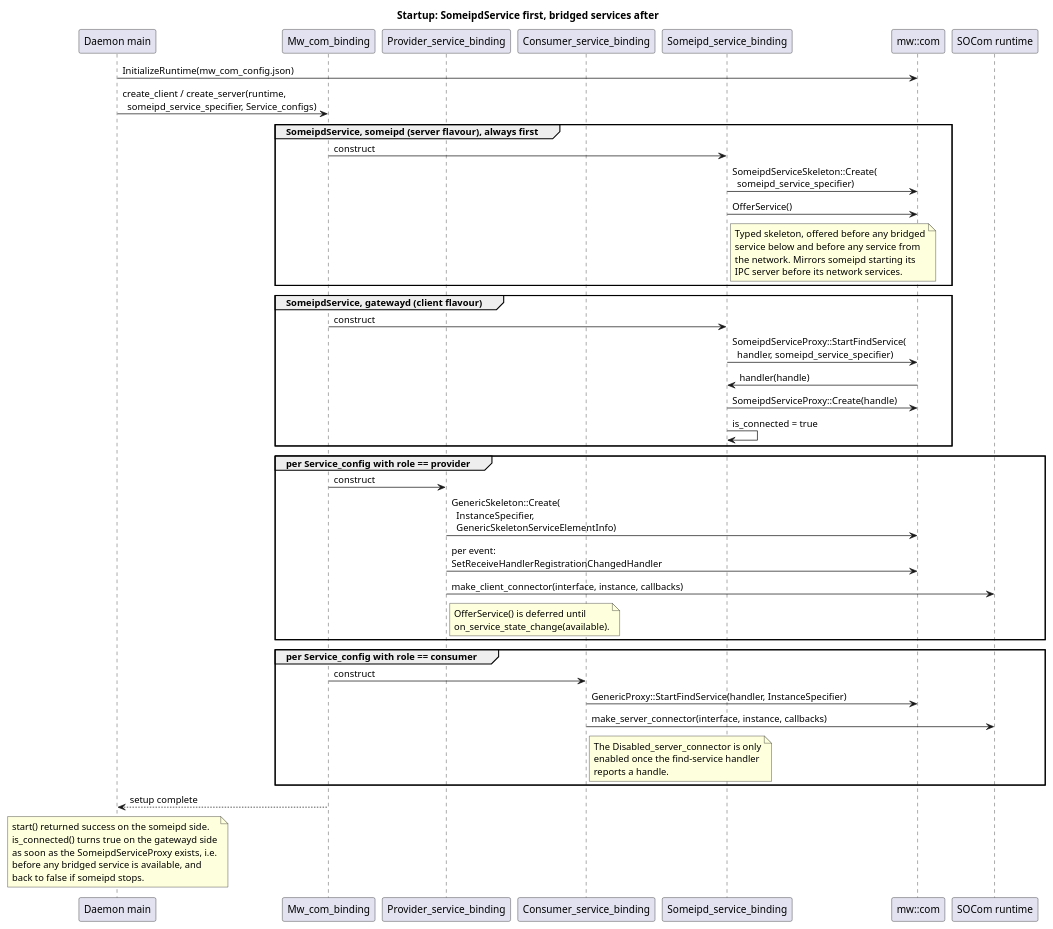
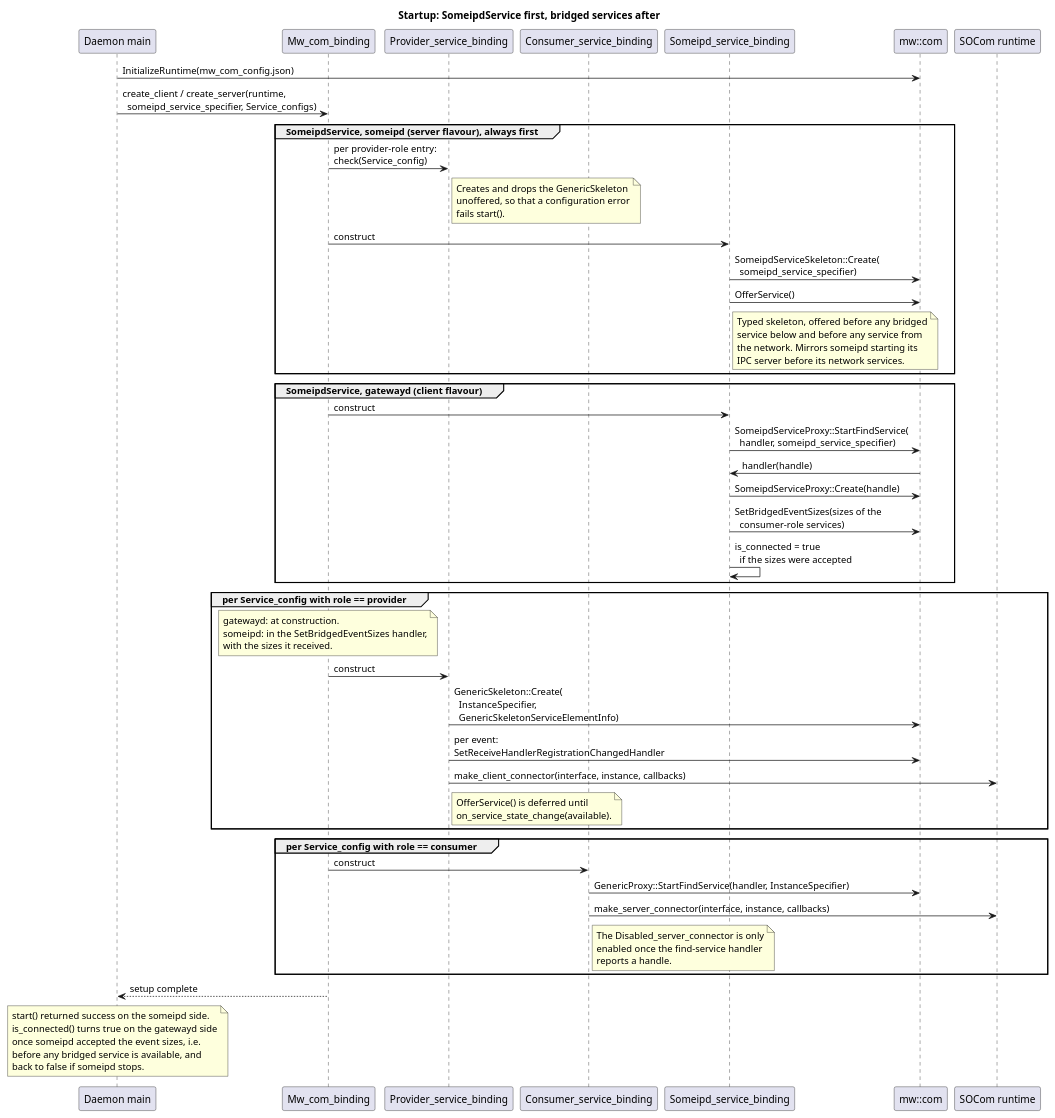
The diagram in score/gateway_ipc_binding/docs/models/mw_com_startup.puml (eclipse-score/inc_someip_gateway), drawn with PlantUML before and after one commit. The commit also changed 21 other files, not shown here.

Commit message:
size bridged events from gatewayd's serializer because the fixed 1500 bytes drops larger events

```diff
--- a/score/gateway_ipc_binding/docs/models/mw_com_startup.puml
+++ b/score/gateway_ipc_binding/docs/models/mw_com_startup.puml
@@ -14,65 +14,77 @@
 @startuml
 title Startup: SomeipdService first, bridged services after
 
 participant "Daemon main" as main
 participant "Mw_com_binding" as binding
 participant "Provider_service_binding" as provider
 participant "Consumer_service_binding" as consumer
 participant "Someipd_service_binding" as sdsvc
 participant "mw::com" as mwcom
 participant "SOCom runtime" as socom
 
 main -> mwcom : InitializeRuntime(mw_com_config.json)
 main -> binding : create_client / create_server(runtime,\n  someipd_service_specifier, Service_configs)
 
 group SomeipdService, someipd (server flavour), always first
+  binding -> provider : per provider-role entry:\ncheck(Service_config)
+  note right of provider
+    Creates and drops the GenericSkeleton
+    unoffered, so that a configuration error
+    fails start().
+  end note
   binding -> sdsvc : construct
   sdsvc -> mwcom : SomeipdServiceSkeleton::Create(\n  someipd_service_specifier)
   sdsvc -> mwcom : OfferService()
   note right of sdsvc
     Typed skeleton, offered before any bridged
     service below and before any service from
     the network. Mirrors someipd starting its
     IPC server before its network services.
   end note
 end
 
 group SomeipdService, gatewayd (client flavour)
   binding -> sdsvc : construct
   sdsvc -> mwcom : SomeipdServiceProxy::StartFindService(\n  handler, someipd_service_specifier)
   mwcom -> sdsvc : handler(handle)
   sdsvc -> mwcom : SomeipdServiceProxy::Create(handle)
-  sdsvc -> sdsvc : is_connected = true
+  sdsvc -> mwcom : SetBridgedEventSizes(sizes of the\n  consumer-role services)
+  sdsvc -> sdsvc : is_connected = true\n  if the sizes were accepted
 end
 
 group per Service_config with role == provider
+  note over binding
+    gatewayd: at construction.
+    someipd: in the SetBridgedEventSizes handler,
+    with the sizes it received.
+  end note
   binding -> provider : construct
   provider -> mwcom : GenericSkeleton::Create(\n  InstanceSpecifier,\n  GenericSkeletonServiceElementInfo)
   provider -> mwcom : per event:\nSetReceiveHandlerRegistrationChangedHandler
   provider -> socom : make_client_connector(interface, instance, callbacks)
   note right of provider
     OfferService() is deferred until
     on_service_state_change(available).
   end note
 end
 
 group per Service_config with role == consumer
   binding -> consumer : construct
   consumer -> mwcom : GenericProxy::StartFindService(handler, InstanceSpecifier)
   consumer -> socom : make_server_connector(interface, instance, callbacks)
   note right of consumer
     The Disabled_server_connector is only
     enabled once the find-service handler
     reports a handle.
   end note
 end
 
 binding --> main : setup complete
 note over main
   start() returned success on the someipd side.
   is_connected() turns true on the gatewayd side
-  as soon as the SomeipdServiceProxy exists, i.e.
+  once someipd accepted the event sizes, i.e.
   before any bridged service is available, and
   back to false if someipd stops.
 end note
 @enduml
```
